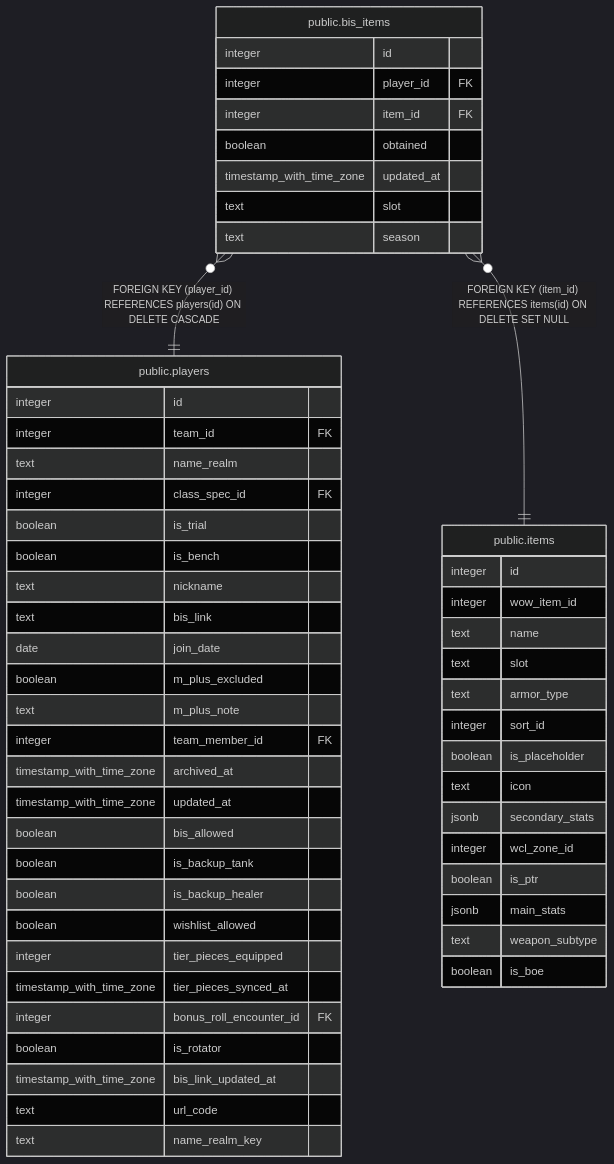
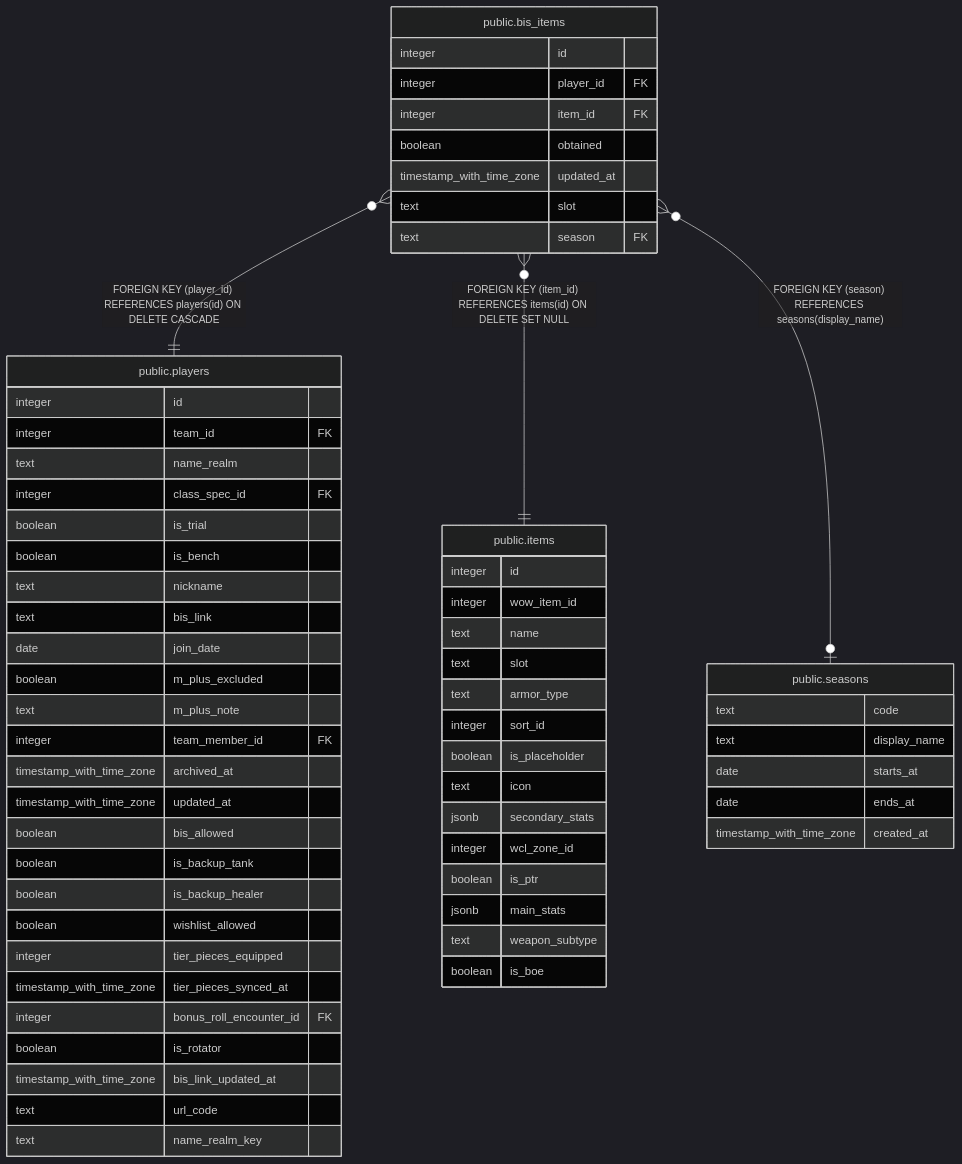
The diagram in dbdoc/public.bis_items.md (katogaming88/WGA-Raid-Hub), drawn with Mermaid (dark theme) before and after one commit. The commit also changed other lines of this file and 64 other files, not shown here.

First line of the commit message:
A seasons table, a foreign key on every season column, and the sync keeping the team's stamp (v3.123.0) (#1194)

````diff
--- a/dbdoc/public.bis_items.md
+++ b/dbdoc/public.bis_items.md
@@ -39,59 +40,67 @@
 ```mermaid
 erDiagram
 
 "public.bis_items" }o--|| "public.players" : "FOREIGN KEY (player_id) REFERENCES players(id) ON DELETE CASCADE"
 "public.bis_items" }o--|| "public.items" : "FOREIGN KEY (item_id) REFERENCES items(id) ON DELETE SET NULL"
+"public.bis_items" }o--o| "public.seasons" : "FOREIGN KEY (season) REFERENCES seasons(display_name)"
 
 "public.bis_items" {
   integer id
   integer player_id FK
   integer item_id FK
   boolean obtained
   timestamp_with_time_zone updated_at
   text slot
-  text season
+  text season FK
 }
 "public.players" {
   integer id
   integer team_id FK
   text name_realm
   integer class_spec_id FK
   boolean is_trial
   boolean is_bench
   text nickname
   text bis_link
   date join_date
   boolean m_plus_excluded
   text m_plus_note
   integer team_member_id FK
   timestamp_with_time_zone archived_at
   timestamp_with_time_zone updated_at
   boolean bis_allowed
   boolean is_backup_tank
   boolean is_backup_healer
   boolean wishlist_allowed
   integer tier_pieces_equipped
   timestamp_with_time_zone tier_pieces_synced_at
   integer bonus_roll_encounter_id FK
   boolean is_rotator
   timestamp_with_time_zone bis_link_updated_at
   text url_code
   text name_realm_key
 }
 "public.items" {
   integer id
   integer wow_item_id
   text name
   text slot
   text armor_type
   integer sort_id
   boolean is_placeholder
   text icon
   jsonb secondary_stats
   integer wcl_zone_id
   boolean is_ptr
   jsonb main_stats
   text weapon_subtype
   boolean is_boe
 }
+"public.seasons" {
+  text code
+  text display_name
+  date starts_at
+  date ends_at
+  timestamp_with_time_zone created_at
+}
 ```
````
